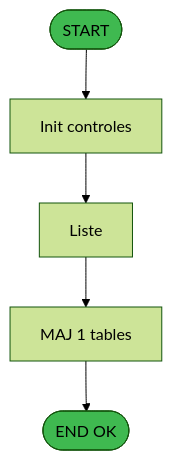
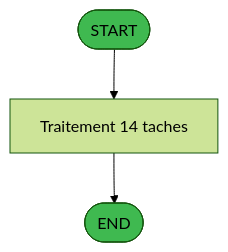
One commit to thonyAGP/magic-migration changed the second of 4 diagrams in .openspec/specs/ADH-IDE-86.md. Above: the diagram before and after it, drawn with Mermaid (forest theme). The commit also changed other lines of this file and 311 other files, not shown here.

````diff
--- a/.openspec/specs/ADH-IDE-86.md
+++ b/.openspec/specs/ADH-IDE-86.md
@@ -1209,14 +1209,9 @@
 ```mermaid
 flowchart TD
     START([START])
-    INIT[Init controles]
-    SAISIE[Liste]
-    UPDATE[MAJ 1 tables]
-    ENDOK([END OK])
-
-    START --> INIT --> SAISIE
-    SAISIE --> UPDATE --> ENDOK
-
+    PROCESS[Traitement 14 taches]
+    ENDOK([END])
+    START --> PROCESS --> ENDOK
     style START fill:#3fb950,color:#000
     style ENDOK fill:#3fb950,color:#000
 ```
````
